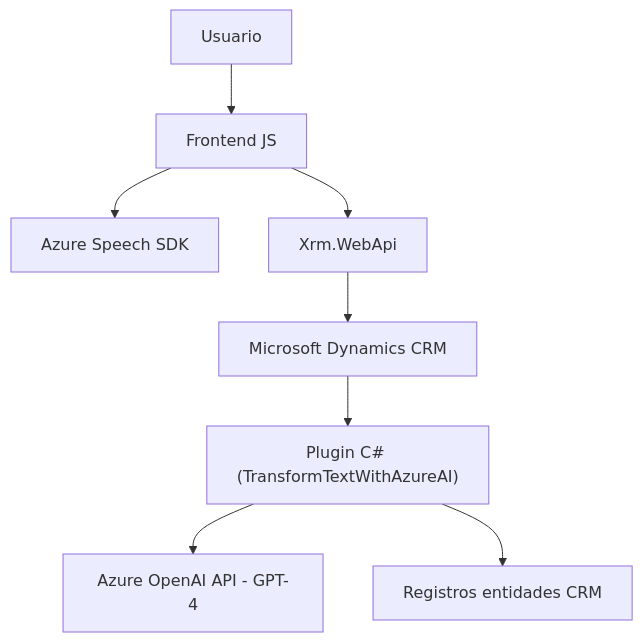
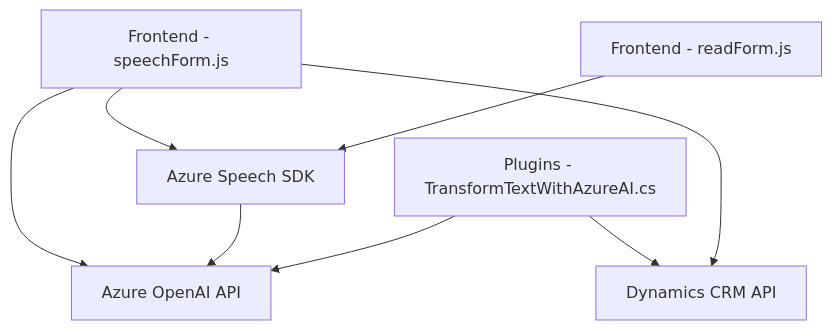
The diagram in README.md (blopezdm/NETCORE_BILBAO2025), drawn with Mermaid before and after one commit. The commit also changed other lines of this file, not shown here.

````diff
--- a/README.md
+++ b/README.md
@@ -52,10 +40,17 @@
 ```mermaid
 graph TD
-    A["Usuario"] --> B["Frontend JS"]
-    B --> C["Azure Speech SDK"]
-    B --> D["Xrm.WebApi"]
-    D --> E["Microsoft Dynamics CRM"]
-    E --> F["Plugin C# (TransformTextWithAzureAI)"]
-    F --> G["Azure OpenAI API - GPT-4"]
-    F --> H["Registros entidades CRM"]
+    A["Frontend - readForm.js"]
+    B["Frontend - speechForm.js"]
+    C["Plugins - TransformTextWithAzureAI.cs"]
+    D["Azure Speech SDK"]
+    E["Azure OpenAI API"]
+    F["Dynamics CRM API"]
+
+    A --> D["Azure Speech SDK"]
+    B --> D
+    B --> F["Dynamics CRM API"]
+    C --> E["Azure OpenAI API"]
+    D --> E
+    C --> F
+    B --> E
 ```
````
